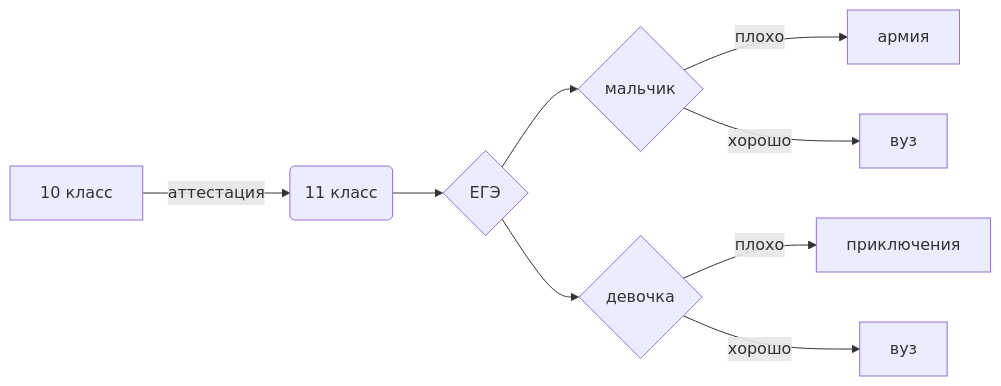
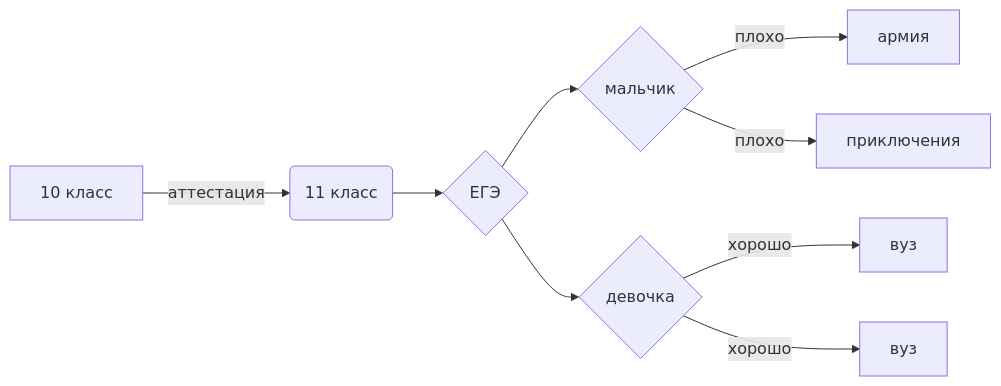
Before and after one commit to AndreDem135/FirstRepository: the diagram in README.md, drawn with Mermaid.

````diff
--- a/README.md
+++ b/README.md
@@ -52,12 +52,12 @@
 ```mermaid
 flowchart LR
 
 A[10 класс] -->|аттестация| B(11 класс)
 B --> C{ЕГЭ}
 C --> D{мальчик}
 C --> E{девочка}
 D -->|плохо| F[армия]
-D -->|хорошо| G[вуз]
-E -->|плохо| H[приключения]
+E -->|хорошо| G[вуз]
+D -->|плохо| H[приключения]
 E -->|хорошо| J[вуз]
 ```
````
